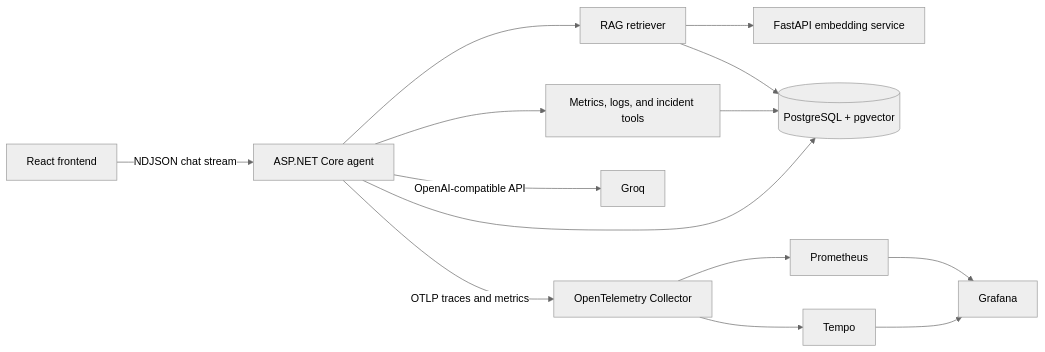
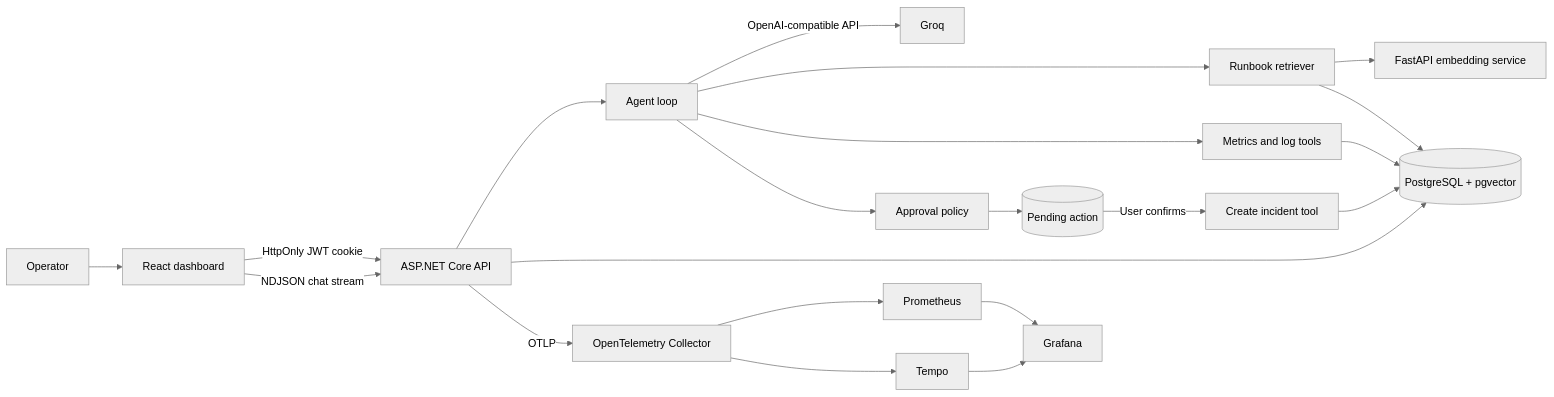
The diagram in README.md (mouradmagdy/Incident-copilot), drawn with Mermaid (neutral theme) before and after one commit. The commit also changed other lines of this file, not shown here.

````diff
--- a/README.md
+++ b/README.md
@@ -9,16 +37,26 @@
 ```mermaid
 flowchart LR
-    UI[React frontend] -->|NDJSON chat stream| API[ASP.NET Core agent]
-    API --> RAG[RAG retriever]
-    API --> TOOLS[Metrics, logs, and incident tools]
-    API -->|OpenAI-compatible API| GROQ[Groq]
-    RAG --> EMB[FastAPI embedding service]
-    RAG --> PG[(PostgreSQL + pgvector)]
-    TOOLS --> PG
+    USER[Operator] --> UI[React dashboard]
+    UI -->|HttpOnly JWT cookie| API[ASP.NET Core API]
+    UI -->|NDJSON chat stream| API
+
+    API --> AGENT[Agent loop]
+    AGENT -->|OpenAI-compatible API| LLM[Groq]
+    AGENT --> RETRIEVER[Runbook retriever]
+    AGENT --> READTOOLS[Metrics and log tools]
+    AGENT --> APPROVAL[Approval policy]
+
+    RETRIEVER --> EMB[FastAPI embedding service]
+    RETRIEVER --> PG[(PostgreSQL + pgvector)]
+    READTOOLS --> PG
+    APPROVAL --> PENDING[(Pending action)]
+    PENDING -->|User confirms| WRITE[Create incident tool]
+    WRITE --> PG
     API --> PG
-    API -->|OTLP traces and metrics| OTEL[OpenTelemetry Collector]
-    OTEL --> PROM[Prometheus]
-    OTEL --> TEMPO[Tempo]
+
+    API -->|OTLP| COLLECTOR[OpenTelemetry Collector]
+    COLLECTOR --> PROM[Prometheus]
+    COLLECTOR --> TEMPO[Tempo]
     PROM --> GRAFANA[Grafana]
     TEMPO --> GRAFANA
 ```
````
